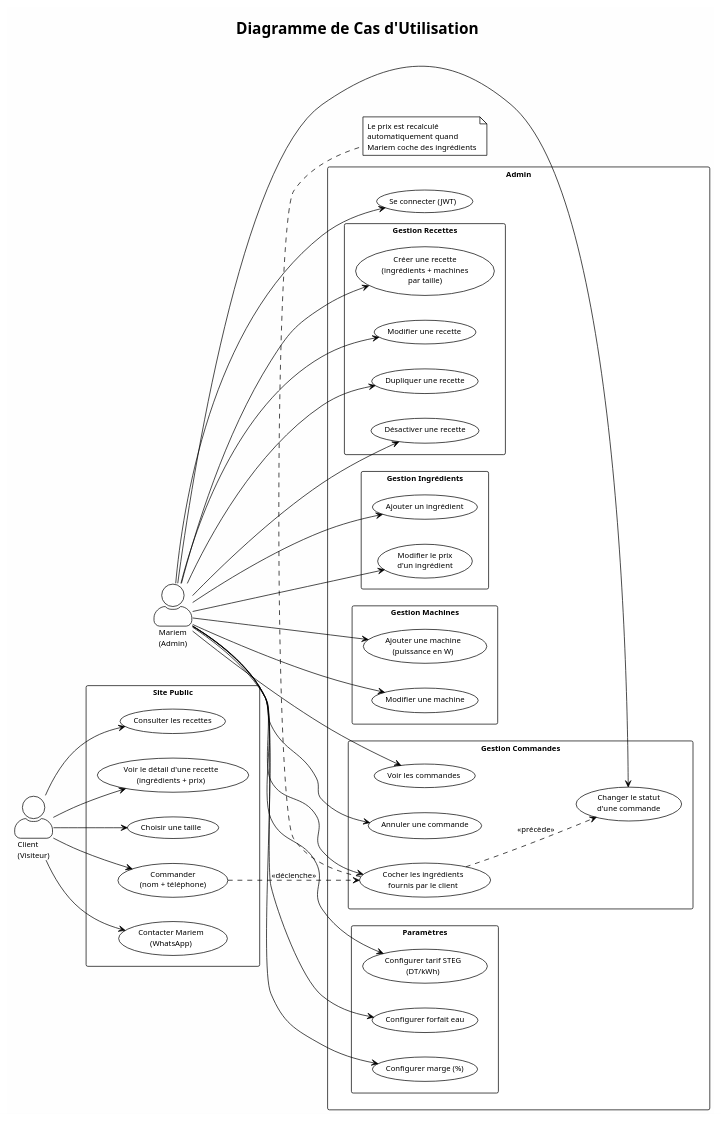
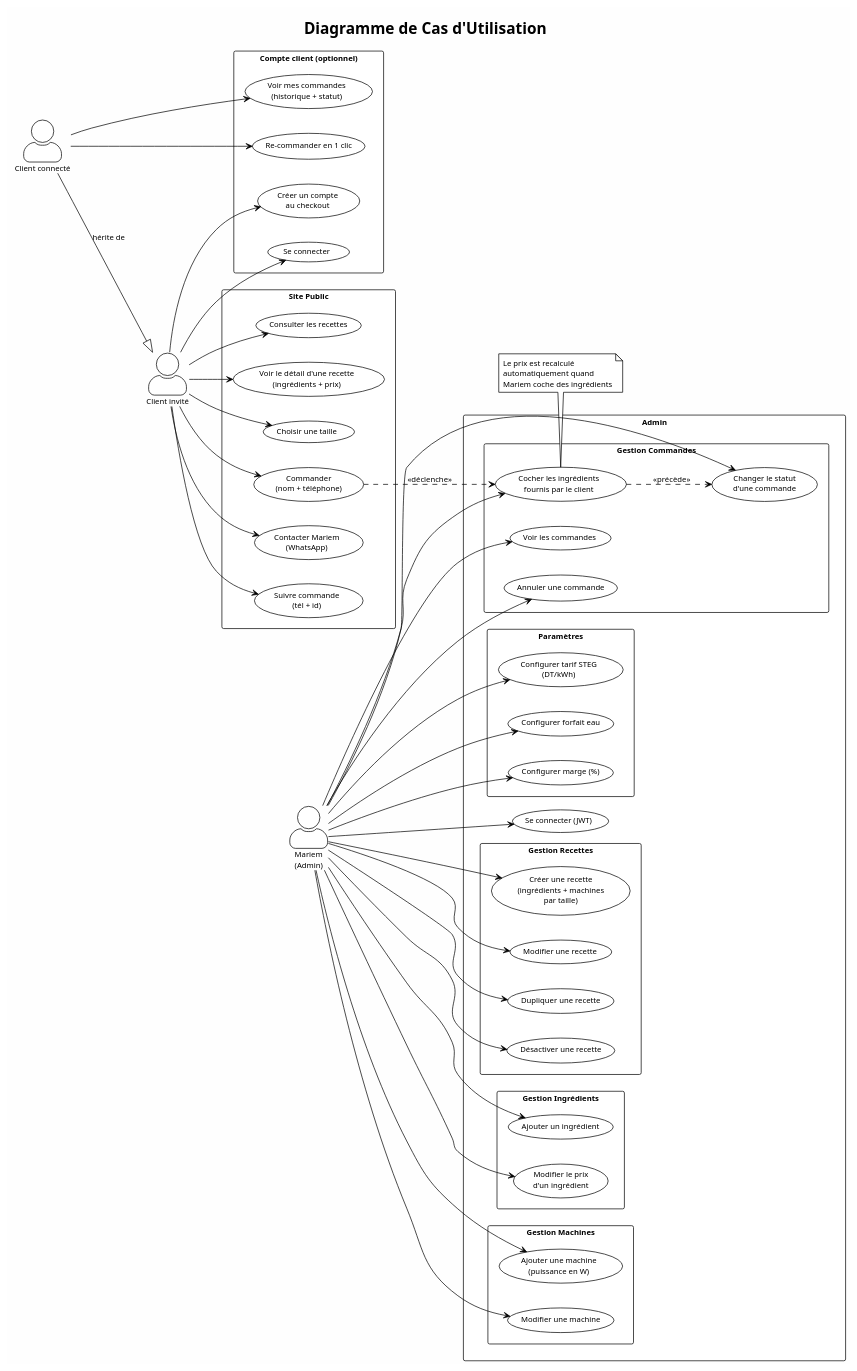
One commit to hammdi/mariem-sweet-kitchen changed the diagram in docs/diagrams/cas-utilisation.puml. Above: the diagram before and after it, drawn with PlantUML. The commit also changed 12 other files, not shown here.

```diff
--- a/docs/diagrams/cas-utilisation.puml
+++ b/docs/diagrams/cas-utilisation.puml
@@ -1,88 +1,105 @@
 @startuml cas-utilisation
 !theme plain
 skinparam backgroundColor #FEFEFE
 skinparam defaultFontSize 11
 skinparam actorStyle awesome
 
 title Diagramme de Cas d'Utilisation
 
 left to right direction
 
-actor "Client\n(Visiteur)" as client
+actor "Client invité" as guest
+actor "Client connecté" as client
 actor "Mariem\n(Admin)" as mariem
+
+client --|> guest : hérite de
 
 rectangle "Site Public" {
   usecase "Consulter les recettes" as UC1
   usecase "Voir le détail d'une recette\n(ingrédients + prix)" as UC2
   usecase "Choisir une taille" as UC3
   usecase "Commander\n(nom + téléphone)" as UC4
   usecase "Contacter Mariem\n(WhatsApp)" as UC5
+  usecase "Suivre commande\n(tél + id)" as UC6
+}
+
+rectangle "Compte client (optionnel)" {
+  usecase "Créer un compte\nau checkout" as UC7
+  usecase "Se connecter" as UC8
+  usecase "Voir mes commandes\n(historique + statut)" as UC9
+  usecase "Re-commander en 1 clic" as UC9b
 }
 
 rectangle "Admin" {
   usecase "Se connecter (JWT)" as UC10
 
   rectangle "Gestion Recettes" {
     usecase "Créer une recette\n(ingrédients + machines\npar taille)" as UC11
     usecase "Modifier une recette" as UC12
     usecase "Dupliquer une recette" as UC13
     usecase "Désactiver une recette" as UC14
   }
 
   rectangle "Gestion Ingrédients" {
     usecase "Ajouter un ingrédient" as UC20
     usecase "Modifier le prix\nd'un ingrédient" as UC21
   }
 
   rectangle "Gestion Machines" {
     usecase "Ajouter une machine\n(puissance en W)" as UC25
     usecase "Modifier une machine" as UC26
   }
 
   rectangle "Gestion Commandes" {
     usecase "Voir les commandes" as UC30
     usecase "Cocher les ingrédients\nfournis par le client" as UC31
     usecase "Changer le statut\nd'une commande" as UC32
     usecase "Annuler une commande" as UC33
   }
 
   rectangle "Paramètres" {
     usecase "Configurer tarif STEG\n(DT/kWh)" as UC40
     usecase "Configurer forfait eau" as UC41
     usecase "Configurer marge (%)" as UC42
   }
 }
 
-client --> UC1
-client --> UC2
-client --> UC3
-client --> UC4
-client --> UC5
+guest --> UC1
+guest --> UC2
+guest --> UC3
+guest --> UC4
+guest --> UC5
+guest --> UC6
+guest --> UC7
+guest --> UC8
+
+client --> UC9
+client --> UC9b
 
 mariem --> UC10
 mariem --> UC11
 mariem --> UC12
 mariem --> UC13
 mariem --> UC14
 mariem --> UC20
 mariem --> UC21
 mariem --> UC25
 mariem --> UC26
 mariem --> UC30
 mariem --> UC31
 mariem --> UC32
 mariem --> UC33
 mariem --> UC40
 mariem --> UC41
 mariem --> UC42
 
 UC4 ..> UC31 : <<déclenche>>
 UC31 ..> UC32 : <<précède>>
 
 note bottom of UC31
   Le prix est recalculé
   automatiquement quand
   Mariem coche des ingrédients
 end note
 
 @enduml
```
